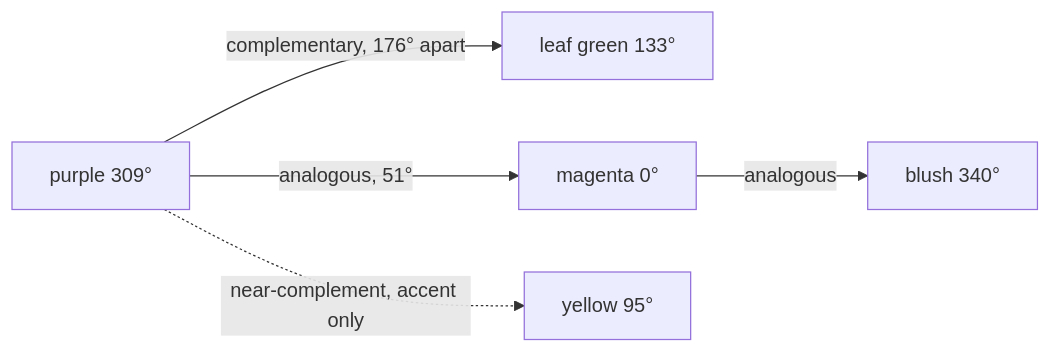
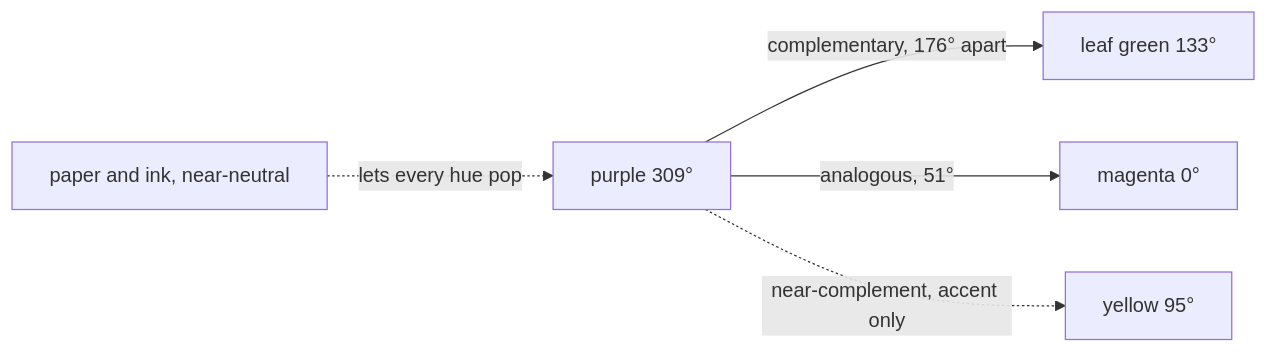
One commit to klaygomes/klaygomes.github.io changed the first of 4 diagrams in docs/design.md. Above: the diagram before and after it, drawn with Mermaid. The commit also changed other lines of this file and 10 other files, not shown here.

````diff
--- a/docs/design.md
+++ b/docs/design.md
@@ -18,7 +21,7 @@
 ```mermaid
 flowchart LR
   P[purple 309°] -- complementary, 176° apart --> G[leaf green 133°]
   P -- analogous, 51° --> M[magenta 0°]
-  M -- analogous --> B[blush 340°]
   P -. near-complement, accent only .-> Y[yellow 95°]
+  N[paper and ink, near-neutral] -. lets every hue pop .-> P
 ```
````
